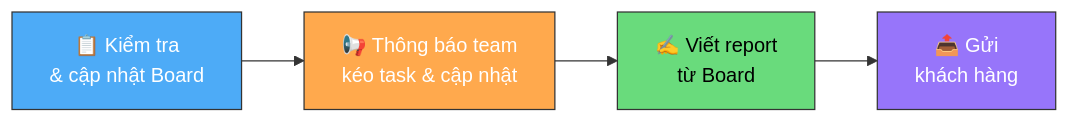
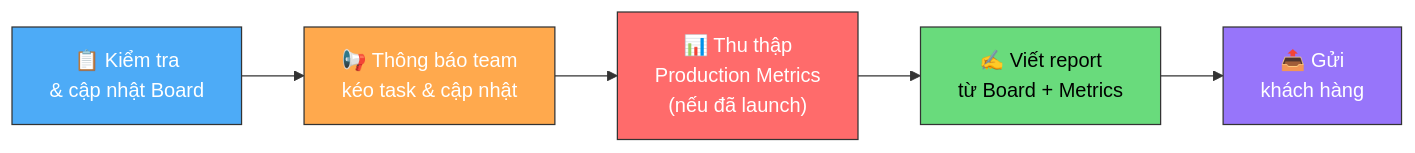
Before and after one commit to Cyberk-Official/handbooks: the diagram in 04-delivery/dev-daily-report/daily-report-process.md, drawn with Mermaid. The commit also changed other lines of this file and 10 other files, not shown here.

````diff
--- a/04-delivery/dev-daily-report/daily-report-process.md
+++ b/04-delivery/dev-daily-report/daily-report-process.md
@@ -27,11 +27,13 @@
 ```mermaid
 flowchart LR
     A["📋 Kiểm tra\n& cập nhật Board"] --> B["📢 Thông báo team\nkéo task & cập nhật"]
-    B --> C["✍️ Viết report\ntừ Board"] 
-    C --> D["📤 Gửi\nkhách hàng"]
+    B --> C["📊 Thu thập\nProduction Metrics\n(nếu đã launch)"]
+    C --> D["✍️ Viết report\ntừ Board + Metrics"] 
+    D --> E["📤 Gửi\nkhách hàng"]
 
     style A fill:#4dabf7,stroke:#333,color:#fff
     style B fill:#ffa94d,stroke:#333,color:#fff
-    style C fill:#69db7c,stroke:#333,color:#000
-    style D fill:#9775fa,stroke:#333,color:#fff
+    style C fill:#ff6b6b,stroke:#333,color:#fff
+    style D fill:#69db7c,stroke:#333,color:#000
+    style E fill:#9775fa,stroke:#333,color:#fff
 ```
````
